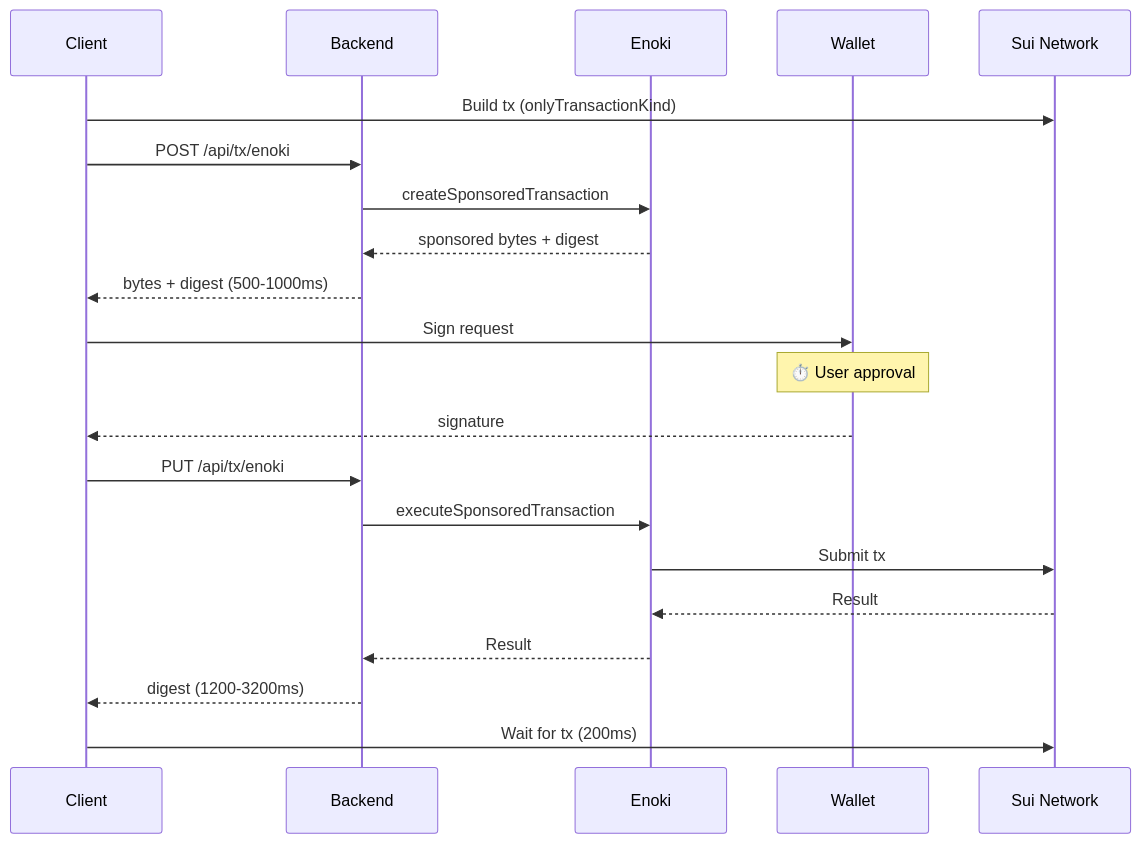
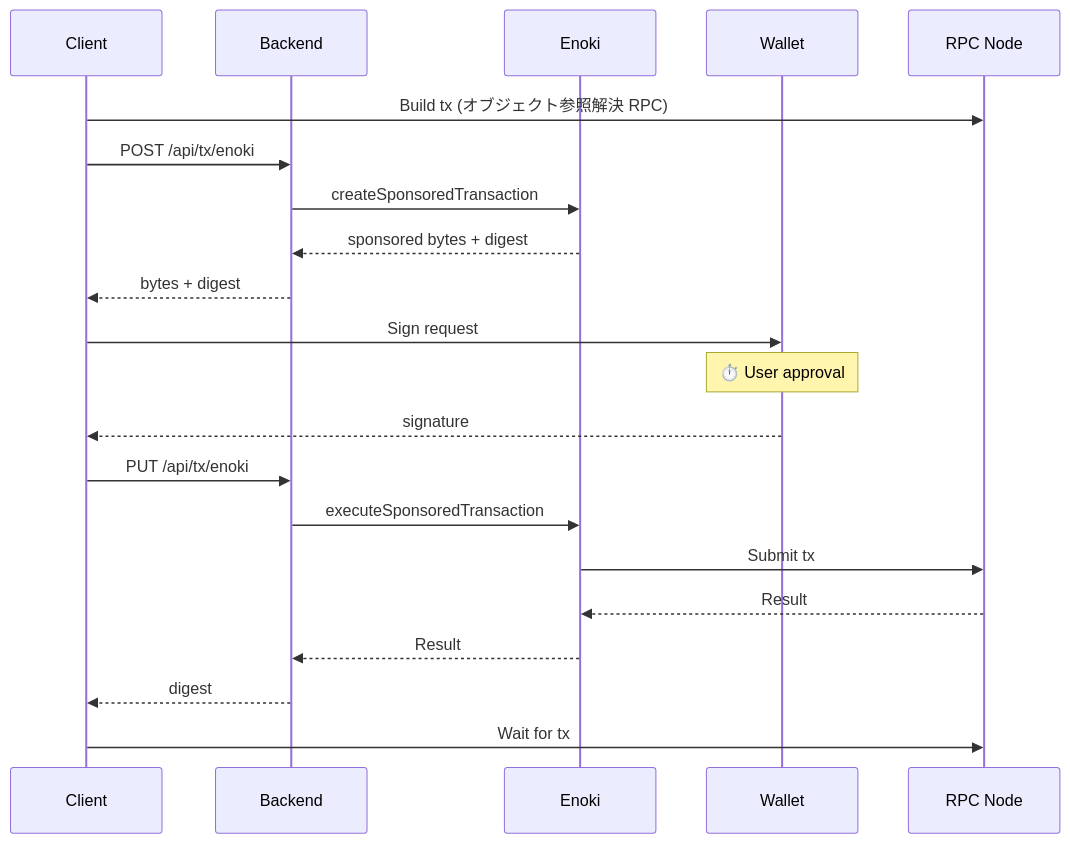
Before and after one commit to fuyutarow/counters: the second of 2 diagrams in sui/docs/sponsored-transaction.md, drawn with Mermaid. The commit also changed other lines of this file and 5 other files, not shown here.

````diff
--- a/sui/docs/sponsored-transaction.md
+++ b/sui/docs/sponsored-transaction.md
@@ -118,27 +158,27 @@
 ```mermaid
 sequenceDiagram
     participant C as Client
     participant B as Backend
     participant E as Enoki
     participant W as Wallet
-    participant S as Sui Network
+    participant S as RPC Node
 
-    C->>S: Build tx (onlyTransactionKind)
+    C->>S: Build tx (オブジェクト参照解決 RPC)
     C->>B: POST /api/tx/enoki
     B->>E: createSponsoredTransaction
     E-->>B: sponsored bytes + digest
-    B-->>C: bytes + digest (500-1000ms)
+    B-->>C: bytes + digest
 
     C->>W: Sign request
     Note over W: ⏱️ User approval
     W-->>C: signature
 
     C->>B: PUT /api/tx/enoki
     B->>E: executeSponsoredTransaction
     E->>S: Submit tx
     S-->>E: Result
     E-->>B: Result
-    B-->>C: digest (1200-3200ms)
+    B-->>C: digest
 
-    C->>S: Wait for tx (200ms)
+    C->>S: Wait for tx
 ```
````
